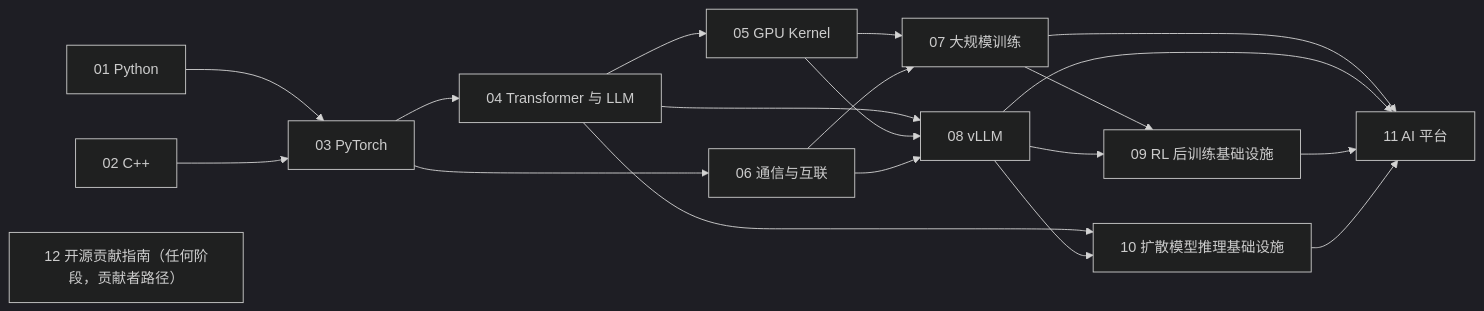
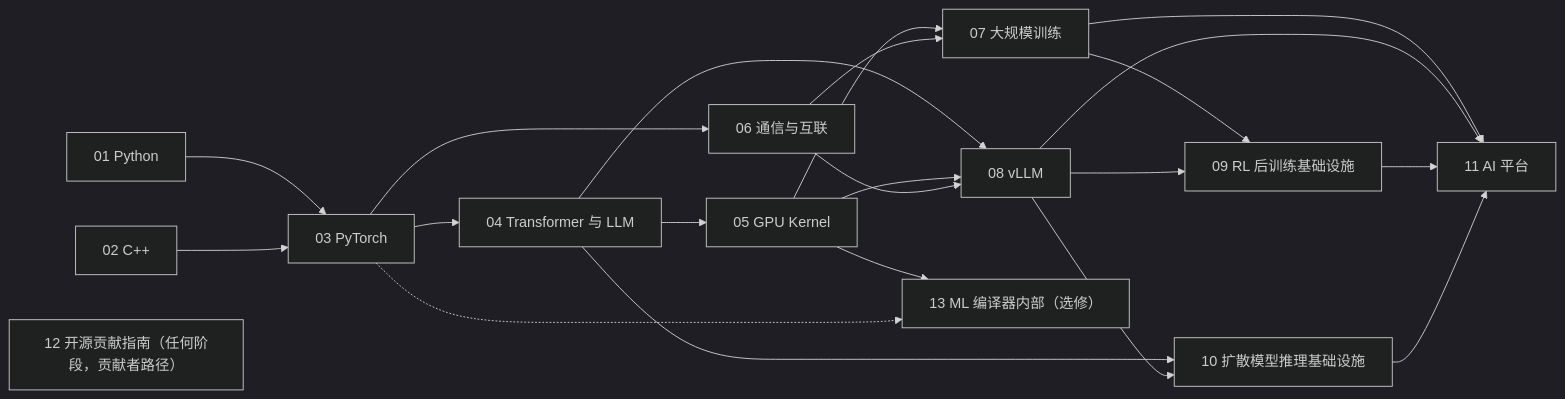
One commit to arganzheng/arganzheng.github.com changed the second of 2 diagrams in _posts/2026-01-03-ai-infra-learning-roadmap.md. Above: the diagram before and after it, drawn with Mermaid (dark theme). The commit also changed other lines of this file and 19 other files, not shown here.

First line of the commit message:
写齐 Infra 地图的选修《ML 编译器内部：从 SSA、MLIR 到 Triton 编译器》

````diff
--- a/_posts/2026-01-03-ai-infra-learning-roadmap.md
+++ b/_posts/2026-01-03-ai-infra-learning-roadmap.md
@@ -295,22 +295,24 @@
 ```mermaid
 graph LR
     S01["01 Python"] --> S03["03 PyTorch"]
     S02["02 C++"] --> S03
     S03 --> S04["04 Transformer 与 LLM"]
     S04 --> S05["05 GPU Kernel"]
     S03 --> S06["06 通信与互联"]
     S05 --> S07["07 大规模训练"]
     S06 --> S07
     S04 --> S08["08 vLLM"]
     S05 --> S08
     S06 --> S08
     S07 --> S09["09 RL 后训练基础设施"]
     S08 --> S09
     S04 --> S10["10 扩散模型推理基础设施"]
     S08 --> S10
     S07 --> S11["11 AI 平台"]
     S08 --> S11
     S09 --> S11
     S10 --> S11
     S12["12 开源贡献指南（任何阶段，贡献者路径）"]
+    S05 --> S13["13 ML 编译器内部（选修）"]
+    S03 -.-> S13
 ```
````
